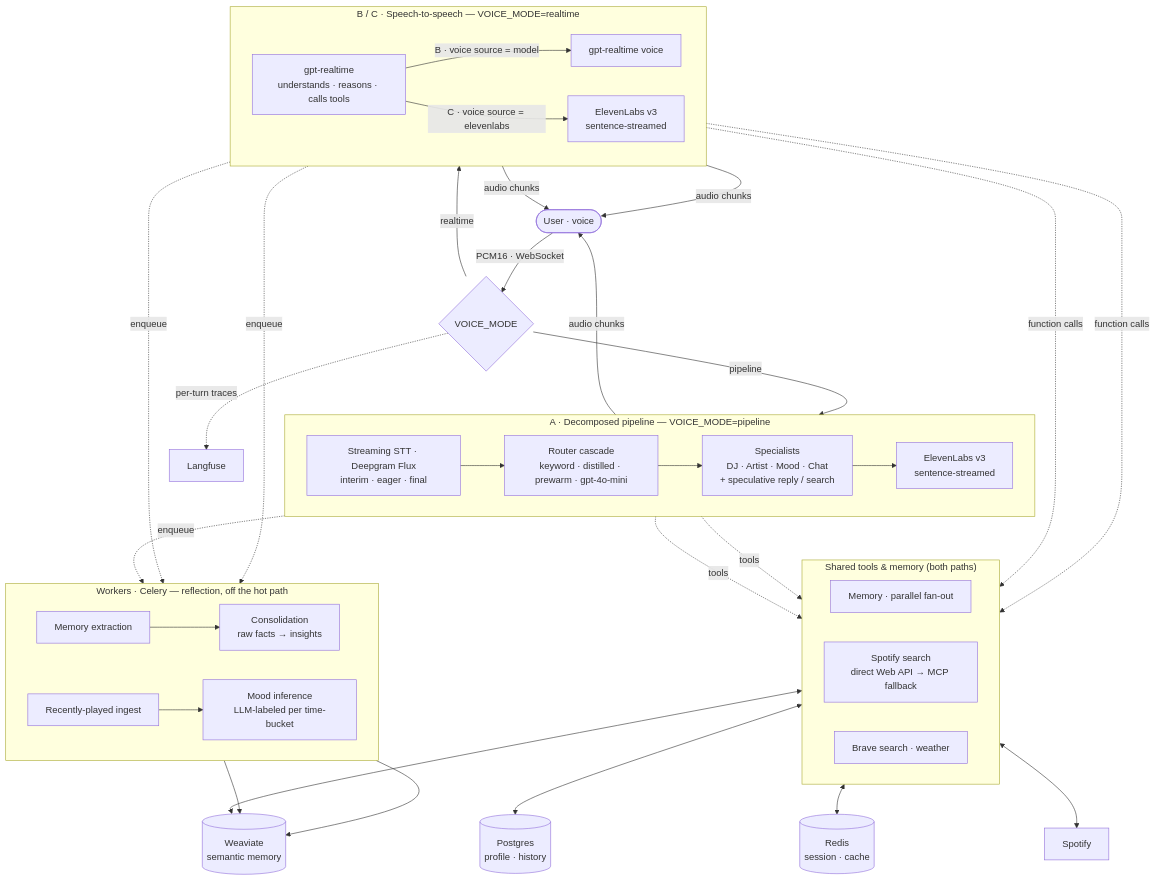
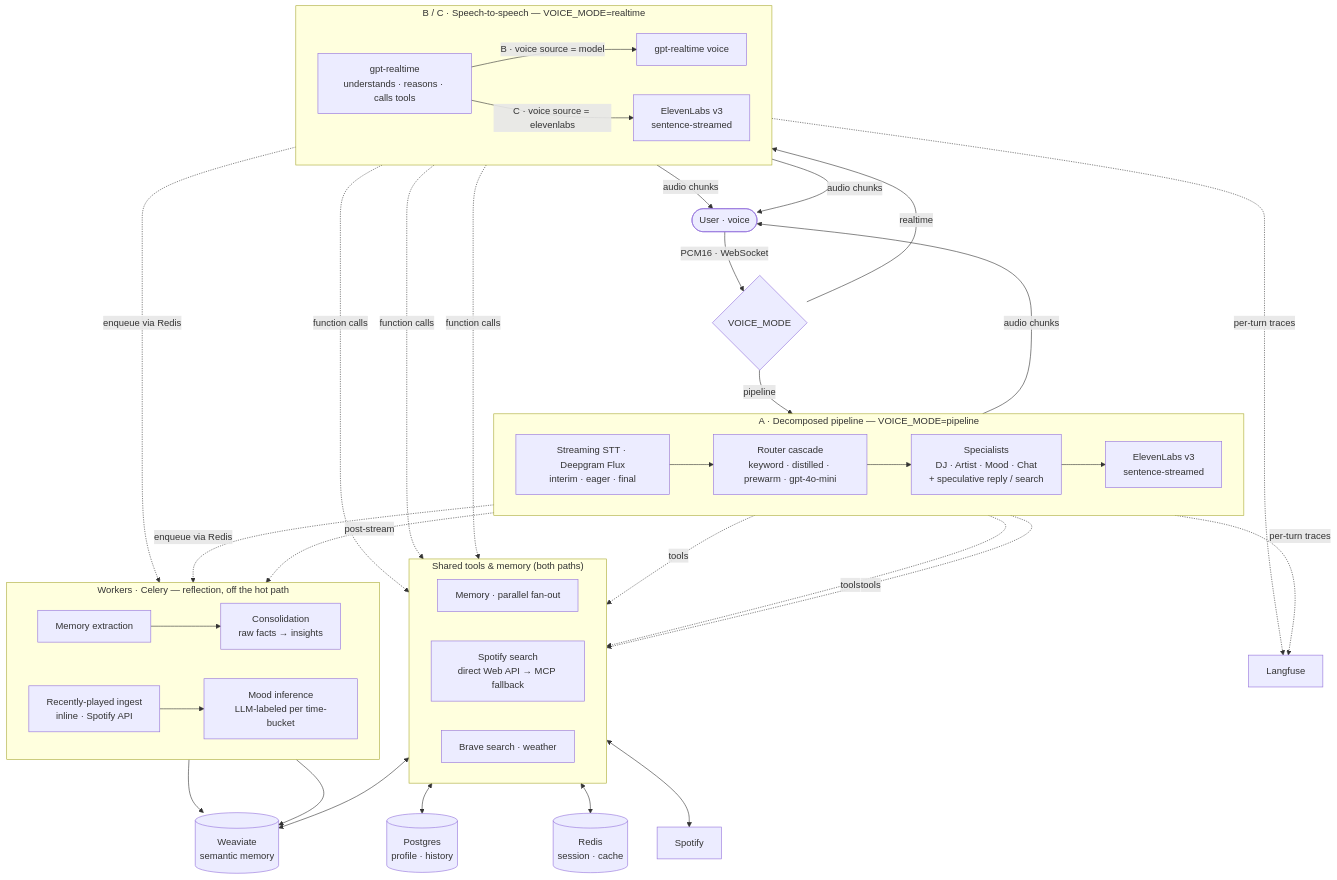
One commit to koladefaj/gia changed the diagram in README.md. Above: the diagram before and after it, drawn with Mermaid.

Commit message:
Fix architecture diagram: correct enqueue source and missing arrows
- Enqueue to EXT comes from SPEC/GPT (after reply text), not from TTS outputs
- Add missing BRV (Brave/weather) tool arrows from SPEC and GPT
- Add TTSA -> ING trigger (post-stream inline ingest) with inline label
- Traces come from SPEC/GPT handlers, not from the MODE config node

````diff
--- a/README.md
+++ b/README.md
@@ -38,44 +38,47 @@
 ```mermaid
 flowchart TB
     U([User · voice]) -->|PCM16 · WebSocket| MODE{VOICE_MODE}
 
     subgraph A["A · Decomposed pipeline — VOICE_MODE=pipeline"]
         direction LR
         STT[Streaming STT · Deepgram Flux<br/>interim · eager · final] --> ROUTER[Router cascade<br/>keyword · distilled · prewarm · gpt-4o-mini] --> SPEC[Specialists<br/>DJ · Artist · Mood · Chat<br/>+ speculative reply / search] --> TTSA[ElevenLabs v3<br/>sentence-streamed]
     end
 
     subgraph RT["B / C · Speech-to-speech — VOICE_MODE=realtime"]
         direction LR
         GPT[gpt-realtime<br/>understands · reasons · calls tools] -->|B · voice source = model| MV[gpt-realtime voice]
         GPT -->|C · voice source = elevenlabs| TTSC[ElevenLabs v3<br/>sentence-streamed]
     end
 
     MODE -->|pipeline| STT
     MODE -->|realtime| GPT
     TTSA & MV & TTSC -->|audio chunks| U
 
     SPEC -. tools .-> MEM
     GPT -. function calls .-> MEM
     SPEC -. tools .-> SEARCH
     GPT -. function calls .-> SEARCH
+    SPEC -. tools .-> BRV
+    GPT -. function calls .-> BRV
     subgraph SVC["Shared tools & memory (both paths)"]
         direction LR
         MEM[Memory · parallel fan-out]
         SEARCH[Spotify search<br/>direct Web API → MCP fallback]
         BRV[Brave search · weather]
     end
     MEM <--> WV[(Weaviate<br/>semantic memory)]
     MEM <--> PG[(Postgres<br/>profile · history)]
     MEM <--> RD[(Redis<br/>session · cache)]
     SEARCH <--> SPOT[Spotify]
 
     subgraph BG["Workers · Celery — reflection, off the hot path"]
         direction LR
         EXT[Memory extraction] --> CONS[Consolidation<br/>raw facts → insights]
-        ING[Recently-played ingest] --> MOOD[Mood inference<br/>LLM-labeled per time-bucket]
+        ING[Recently-played ingest<br/>inline · Spotify API] --> MOOD[Mood inference<br/>LLM-labeled per time-bucket]
     end
-    TTSA & MV & TTSC -. enqueue .-> EXT
+    SPEC & GPT -. enqueue via Redis .-> EXT
+    TTSA -. post-stream .-> ING
     CONS --> WV
     MOOD --> WV
-    MODE -. per-turn traces .-> LF[Langfuse]
+    SPEC & GPT -. per-turn traces .-> LF[Langfuse]
 ```
````
